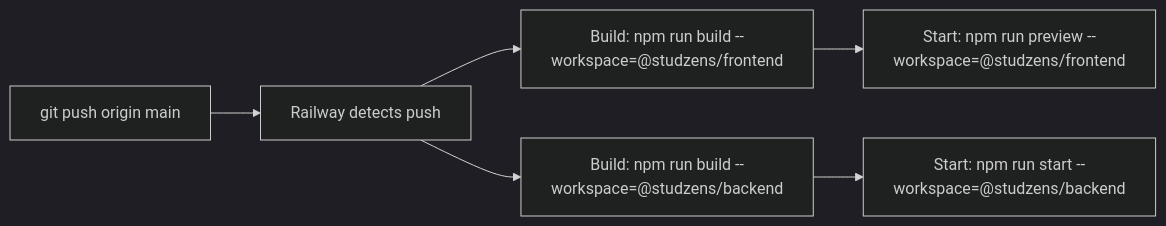
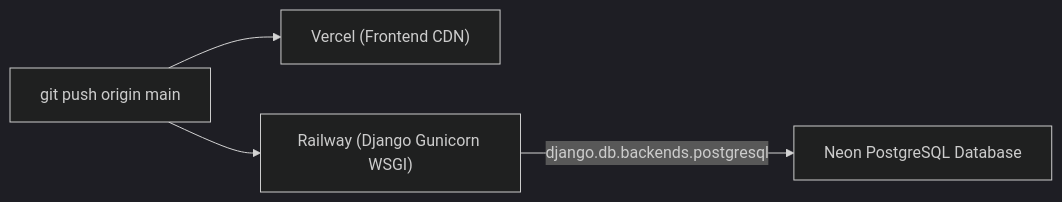
Before and after one commit to Aryan-del-07/studzens: the diagram in docs/DEPLOYMENT_ARCHITECTURE.md, drawn with Mermaid (dark theme). The commit also changed other lines of this file and 5 other files, not shown here.

Commit message:
docs: update system documentation, architecture diagrams & roadmap for Django 5 + DRF backend

````diff
--- a/docs/DEPLOYMENT_ARCHITECTURE.md
+++ b/docs/DEPLOYMENT_ARCHITECTURE.md
@@ -76,14 +65,10 @@
 ```mermaid
 flowchart LR
     DevPush["git push origin main"]
-    Railway["Railway detects push"]
-    BuildFE["Build: npm run build --workspace=@studzens/frontend"]
-    BuildBE["Build: npm run build --workspace=@studzens/backend"]
-    StartFE["Start: npm run preview --workspace=@studzens/frontend"]
-    StartBE["Start: npm run start --workspace=@studzens/backend"]
+    Vercel["Vercel (Frontend CDN)"]
+    Railway["Railway (Django Gunicorn WSGI)"]
+    Neon["Neon PostgreSQL Database"]
 
-    DevPush --> Railway
-    Railway --> BuildFE & BuildBE
-    BuildFE --> StartFE
-    BuildBE --> StartBE
+    DevPush --> Vercel & Railway
+    Railway -->|django.db.backends.postgresql| Neon
 ```
````
